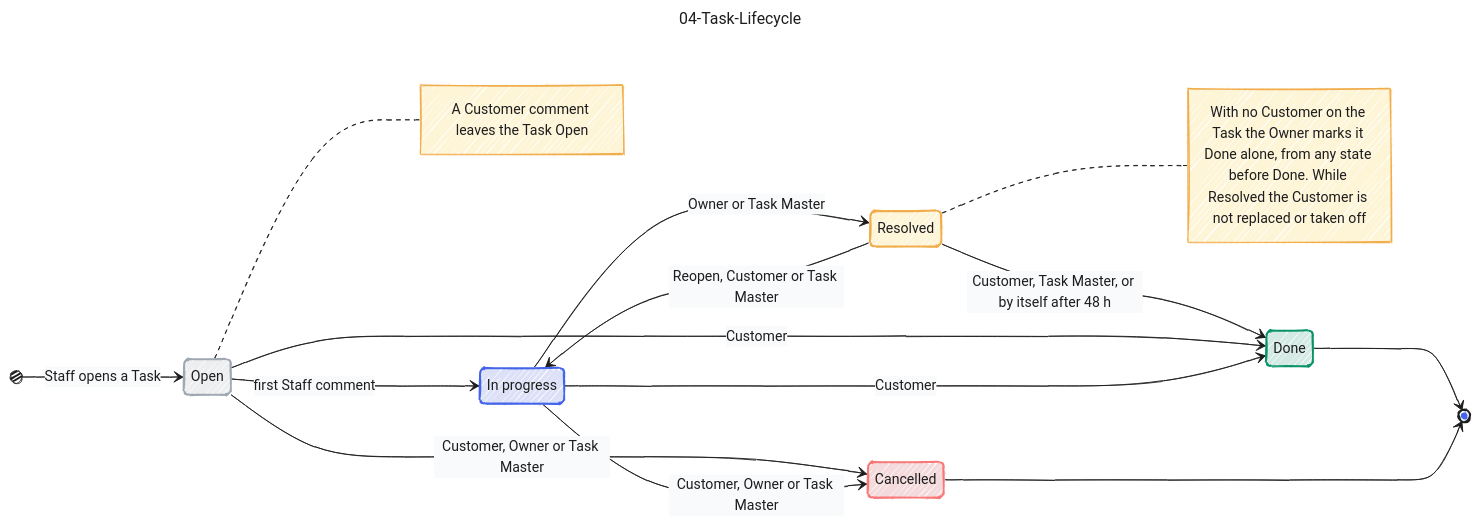
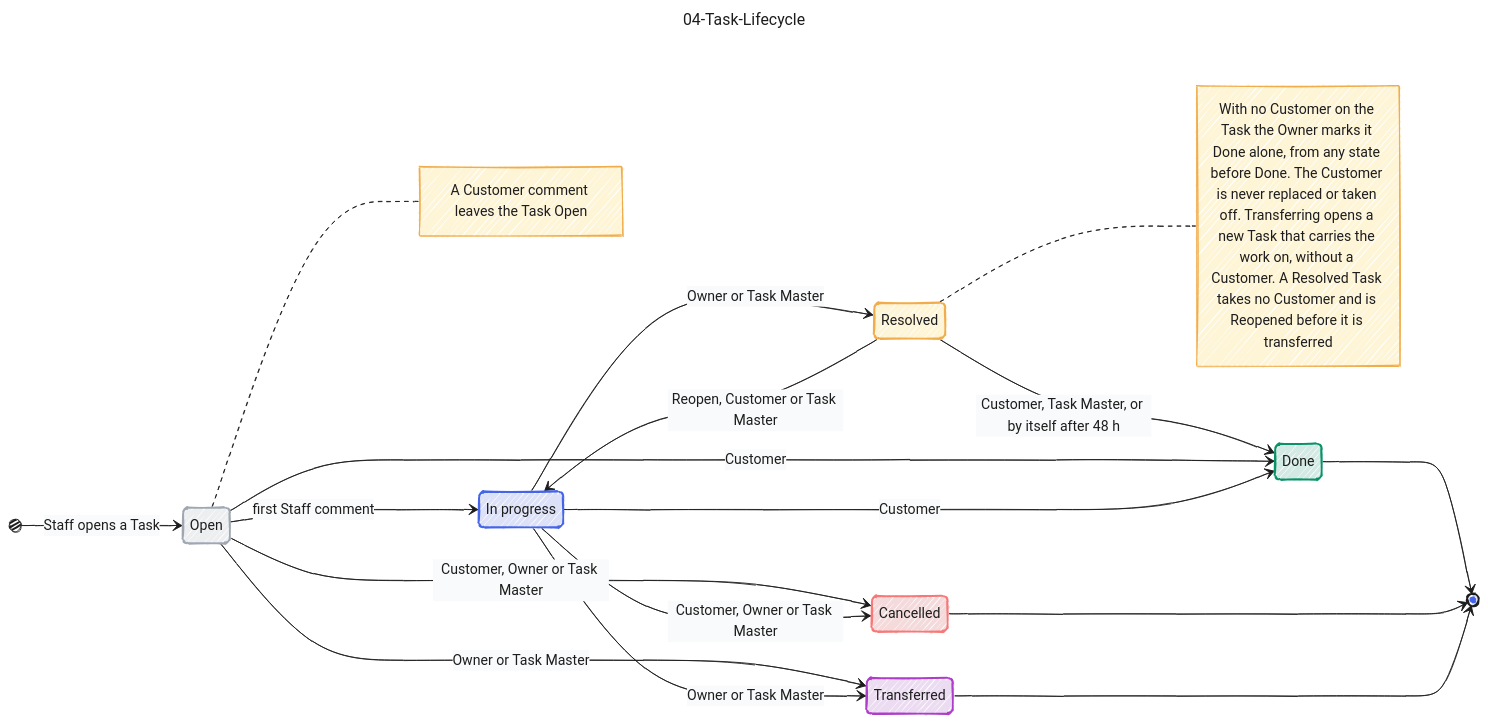
Before and after one commit to jedt3d/tasuku: the diagram in docs/diagram/04-Task-Lifecycle.md, drawn with Mermaid. The commit also changed other lines of this file and 7 other files, not shown here.

Commit message:
docs: sync the diagrams with transferring a Task (#39)

```diff
--- a/docs/diagram/04-Task-Lifecycle.md
+++ b/docs/diagram/04-Task-Lifecycle.md
@@ -90,15 +90,19 @@
   InProgress --> Done : Customer
   Open --> Cancelled : Customer, Owner or Task Master
   InProgress --> Cancelled : Customer, Owner or Task Master
+  Open --> Transferred : Owner or Task Master
+  InProgress --> Transferred : Owner or Task Master
   Done --> [*]
   Cancelled --> [*]
-  note right of Resolved : With no Customer on the Task the Owner marks it Done alone, from any state before Done. While Resolved the Customer is not replaced or taken off
+  Transferred --> [*]
+  note right of Resolved : With no Customer on the Task the Owner marks it Done alone, from any state before Done. The Customer is never replaced or taken off. Transferring opens a new Task that carries the work on, without a Customer. A Resolved Task takes no Customer and is Reopened before it is transferred
   note right of Open : A Customer comment leaves the Task Open
   class Open grey
   class InProgress blue
   class Resolved yellow
   class Done green
   class Cancelled lred
+  class Transferred violet
 
   classDef blue    fill:#dce1f8,stroke:#4465e9,stroke-width:2px,color:#1d1d1d
   classDef lblue   fill:#ddeefc,stroke:#4ba1f1,stroke-width:2px,color:#1d1d1d
```
